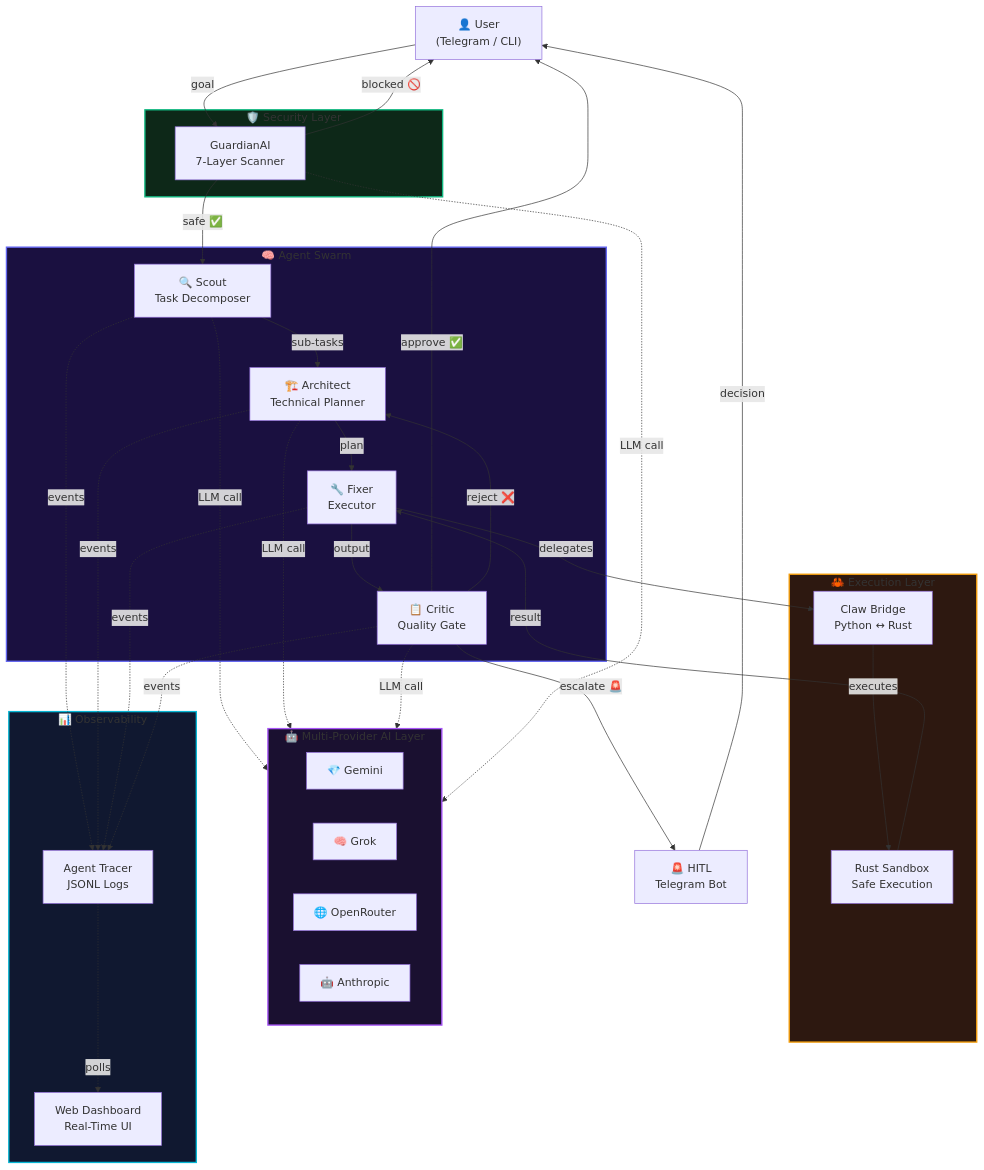
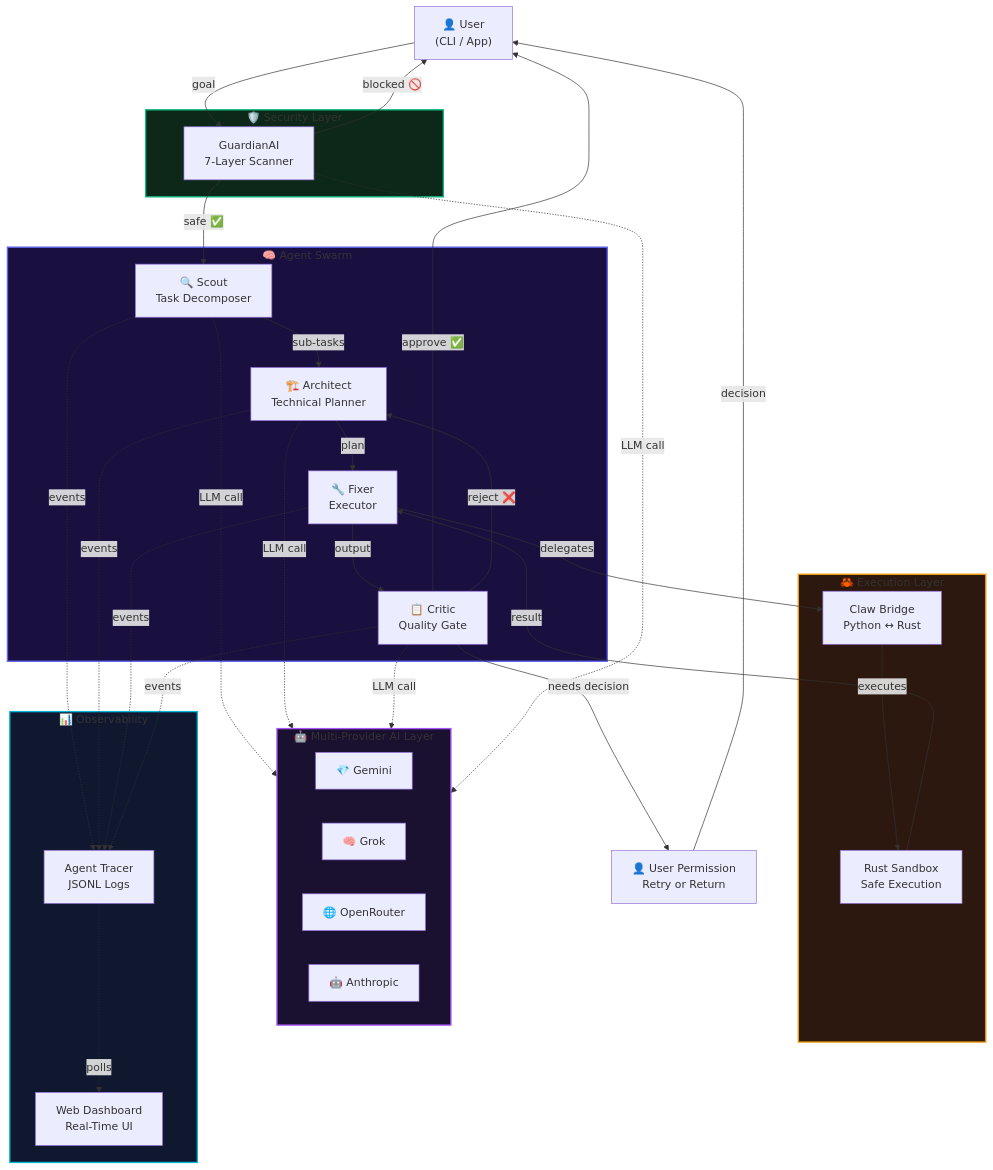
The first of 4 diagrams in README.md (namanhere23/DevMatrix), drawn with Mermaid before and after one commit. The commit also changed other lines of this file and 13 other files, not shown here.

Commit message:
feat(orchestrator): replace Telegram HITL with local user permission retry flow

````diff
--- a/README.md
+++ b/README.md
@@ -52,65 +53,65 @@
 ```mermaid
 graph TB
-    User["👤 User<br/>(Telegram / CLI)"]
-    
+    User["👤 User<br/>(CLI / App)"]
+
     subgraph ProviderLayer["🤖 Multi-Provider AI Layer"]
         Gemini["💎 Gemini"]
         Grok["🧠 Grok"]
         OpenRouter["🌐 OpenRouter"]
         Anthropic["🤖 Anthropic"]
     end
-    
+
     subgraph SecurityLayer["🛡️ Security Layer"]
         Guardian["GuardianAI<br/>7-Layer Scanner"]
     end
-    
+
     subgraph AgentSwarm["🧠 Agent Swarm"]
         Scout["🔍 Scout<br/>Task Decomposer"]
         Architect["🏗️ Architect<br/>Technical Planner"]
         Fixer["🔧 Fixer<br/>Executor"]
         Critic["📋 Critic<br/>Quality Gate"]
     end
-    
+
     subgraph ExecutionLayer["🦀 Execution Layer"]
         ClawBridge["Claw Bridge<br/>Python ↔ Rust"]
         RustSandbox["Rust Sandbox<br/>Safe Execution"]
     end
-    
+
     subgraph Observability["📊 Observability"]
         Tracer["Agent Tracer<br/>JSONL Logs"]
         Dashboard["Web Dashboard<br/>Real-Time UI"]
     end
-    
-    HITL["🚨 HITL<br/>Telegram Bot"]
-    
+
+    Permission["👤 User Permission<br/>Retry or Return"]
+
     User -->|"goal"| Guardian
     Guardian -->|"safe ✅"| Scout
     Guardian -->|"blocked 🚫"| User
     Scout -->|"sub-tasks"| Architect
     Architect -->|"plan"| Fixer
     Fixer -->|"delegates"| ClawBridge
     ClawBridge -->|"executes"| RustSandbox
     RustSandbox -->|"result"| Fixer
     Fixer -->|"output"| Critic
     Critic -->|"approve ✅"| User
     Critic -->|"reject ❌"| Architect
-    Critic -->|"escalate 🚨"| HITL
-    HITL -->|"decision"| User
-    
+    Critic -->|"needs decision"| Permission
+    Permission -->|"decision"| User
+
     Scout -.->|"LLM call"| ProviderLayer
     Architect -.->|"LLM call"| ProviderLayer
     Critic -.->|"LLM call"| ProviderLayer
     Guardian -.->|"LLM call"| ProviderLayer
-    
+
     Scout -.->|"events"| Tracer
     Architect -.->|"events"| Tracer
     Fixer -.->|"events"| Tracer
     Critic -.->|"events"| Tracer
     Tracer -.->|"polls"| Dashboard
-    
+
     style ProviderLayer fill:#1a1030,stroke:#a855f7,stroke-width:2px
     style SecurityLayer fill:#0d2818,stroke:#10b981,stroke-width:2px
     style AgentSwarm fill:#1a1040,stroke:#6366f1,stroke-width:2px
     style ExecutionLayer fill:#2d1810,stroke:#f59e0b,stroke-width:2px
     style Observability fill:#101830,stroke:#06b6d4,stroke-width:2px
 ```
````
